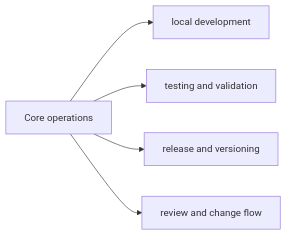
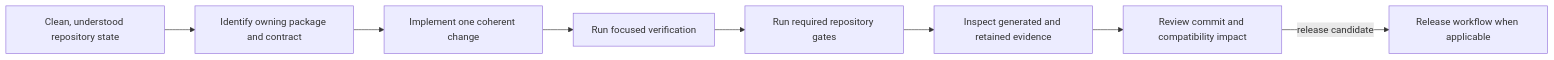
The diagram in docs/bijux-core/operations/index.md (bijux/bijux-cli), drawn with Mermaid before and after one commit. The commit also changed other lines of this file and 3 other files, not shown here.

````diff
--- a/docs/bijux-core/operations/index.md
+++ b/docs/bijux-core/operations/index.md
@@ -16,7 +16,14 @@
 ```mermaid
 flowchart LR
-    operations["Core operations"] --> local["local development"]
-    operations --> testing["testing and validation"]
-    operations --> release["release and versioning"]
-    operations --> review["review and change flow"]
+    state["Clean, understood repository state"]
+    owner["Identify owning package and contract"]
+    change["Implement one coherent change"]
+    focused["Run focused verification"]
+    broad["Run required repository gates"]
+    evidence["Inspect generated and retained evidence"]
+    review["Review commit and compatibility impact"]
+    release["Release workflow when applicable"]
+
+    state --> owner --> change --> focused --> broad --> evidence --> review
+    review -->|release candidate| release
 ```
````
